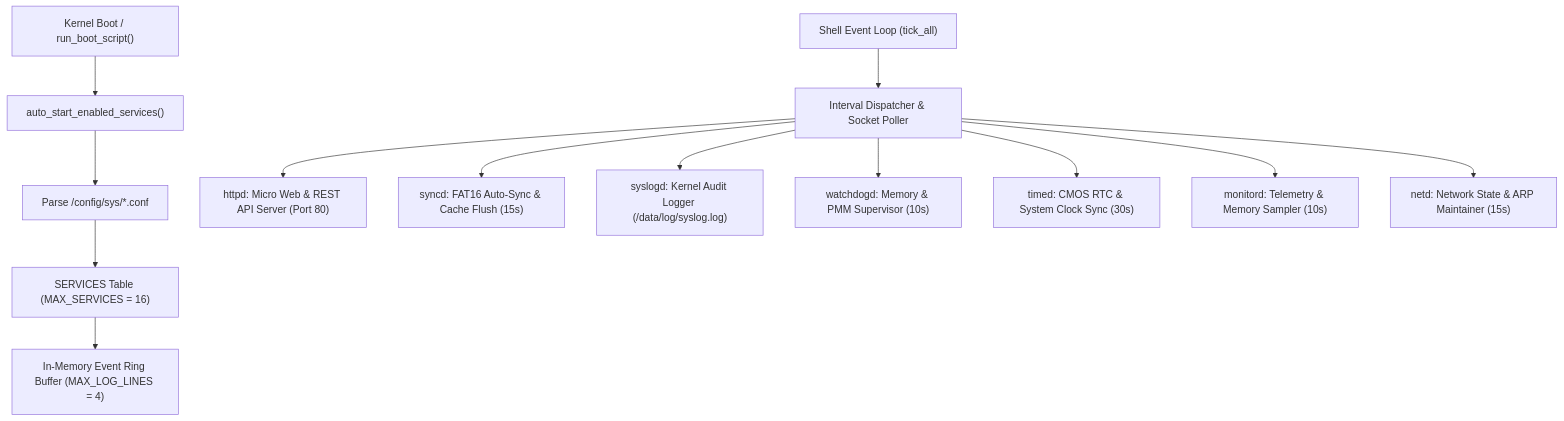
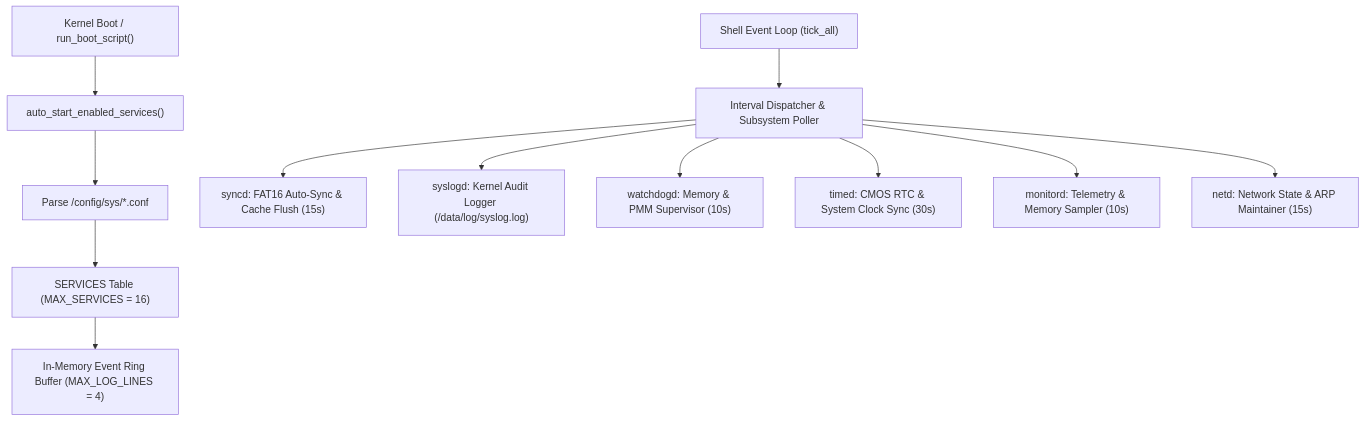
Before and after one commit to mrvlous/keira: the diagram in docs/shell/service.md, drawn with Mermaid. The commit also changed other lines of this file and 9 other files, not shown here.

````diff
--- a/docs/shell/service.md
+++ b/docs/shell/service.md
@@ -11,15 +11,14 @@
 ```mermaid
 graph TD
     KernelBoot["Kernel Boot / run_boot_script()"] --> InitSvc["auto_start_enabled_services()"]
     InitSvc --> ConfReader["Parse /config/sys/*.conf"]
     ConfReader --> SvcTable["SERVICES Table (MAX_SERVICES = 16)"]
-    ShellRunloop["Shell Event Loop (tick_all)"] --> Dispatch["Interval Dispatcher & Socket Poller"]
-    Dispatch --> Httpd["httpd: Micro Web & REST API Server (Port 80)"]
+    ShellRunloop["Shell Event Loop (tick_all)"] --> Dispatch["Interval Dispatcher & Subsystem Poller"]
     Dispatch --> Syncd["syncd: FAT16 Auto-Sync & Cache Flush (15s)"]
     Dispatch --> Syslogd["syslogd: Kernel Audit Logger (/data/log/syslog.log)"]
     Dispatch --> Watchdogd["watchdogd: Memory & PMM Supervisor (10s)"]
     Dispatch --> Timed["timed: CMOS RTC & System Clock Sync (30s)"]
     Dispatch --> Monitord["monitord: Telemetry & Memory Sampler (10s)"]
     Dispatch --> Netd["netd: Network State & ARP Maintainer (15s)"]
     SvcTable --> LogRing["In-Memory Event Ring Buffer (MAX_LOG_LINES = 4)"]
 ```
````
